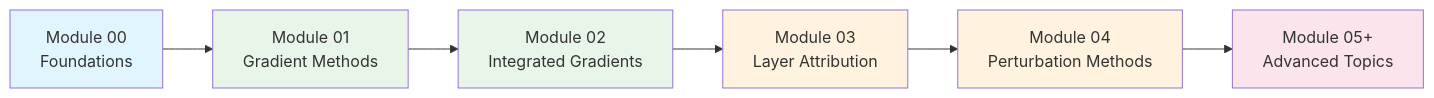
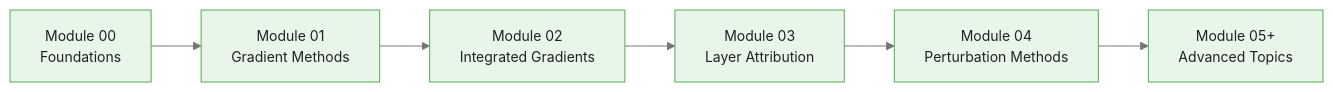
Before and after one commit to m-deane/course-creator: the fourth of 4 diagrams in courses/captum-neural-network-interpretability/modules/module_00_foundations/guides/01_why_interpretability_slides.md, drawn with Mermaid. The commit also changed other lines of this file and 93 other files, not shown here.

````diff
--- a/courses/captum-neural-network-interpretability/modules/module_00_foundations/guides/01_why_interpretability_slides.md
+++ b/courses/captum-neural-network-interpretability/modules/module_00_foundations/guides/01_why_interpretability_slides.md
@@ -297,15 +312,9 @@
 ```mermaid
+%%{init: {"theme": "base", "themeVariables": {"primaryColor": "#e8f5e9", "primaryBorderColor": "#4caf50", "primaryTextColor": "#212121", "secondaryColor": "#e3f2fd", "tertiaryColor": "#fff8e1", "lineColor": "#757575", "fontFamily": "Inter, sans-serif", "fontSize": "14px"}}}%%
 flowchart LR
     A[Module 00<br/>Foundations] --> B[Module 01<br/>Gradient Methods]
     B --> C[Module 02<br/>Integrated Gradients]
     C --> D[Module 03<br/>Layer Attribution]
     D --> E[Module 04<br/>Perturbation Methods]
     E --> F[Module 05+<br/>Advanced Topics]
-
-    style A fill:#e1f5fe
-    style B fill:#e8f5e9
-    style C fill:#e8f5e9
-    style D fill:#fff3e0
-    style E fill:#fff3e0
-    style F fill:#fce4ec
 ```
````
